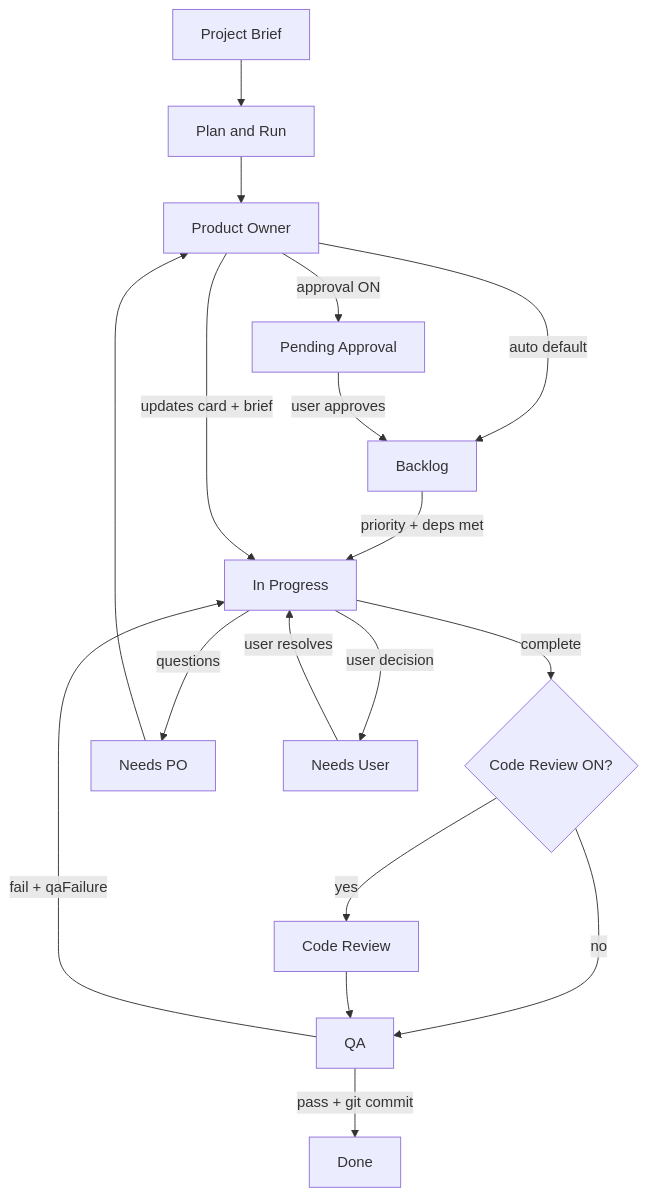
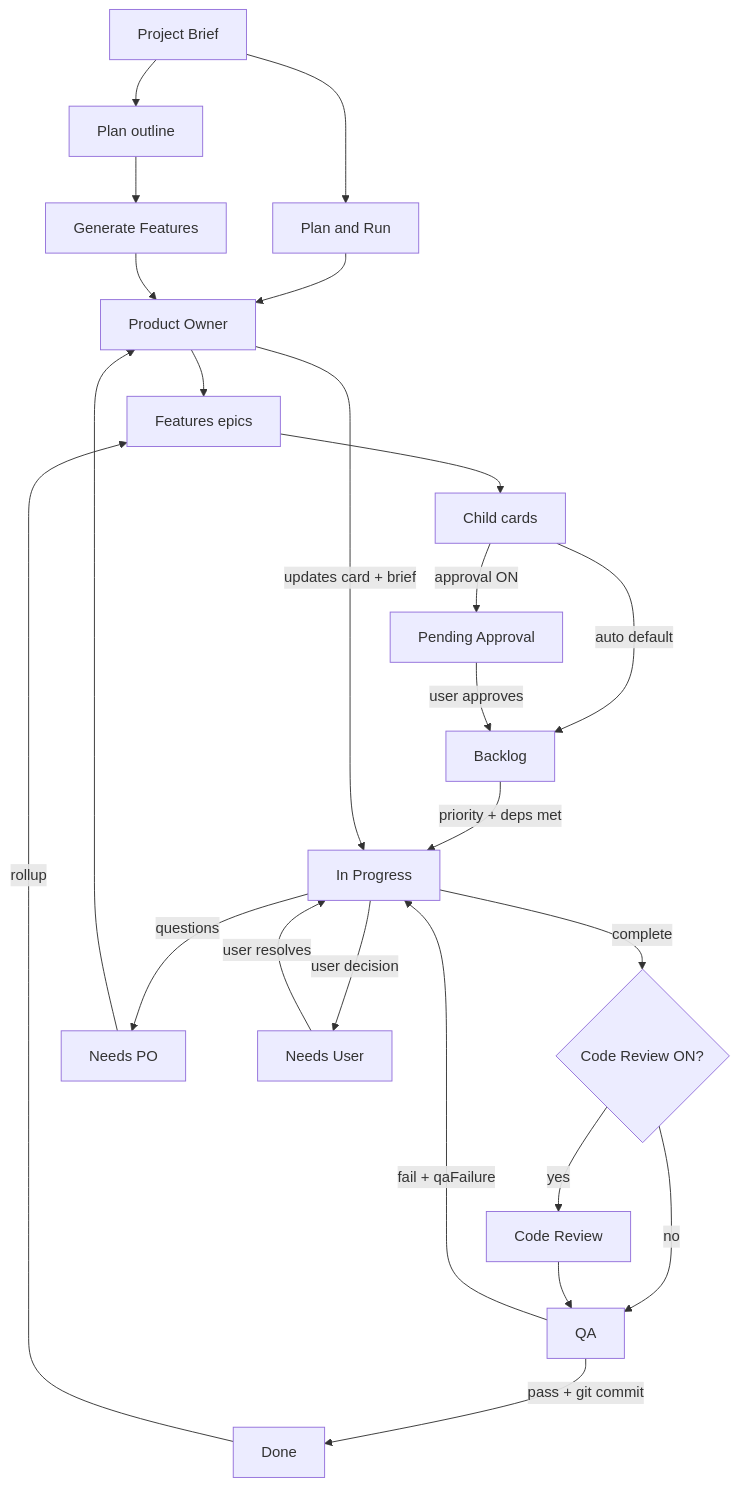
One commit to lukemcredmond/DevelopmentAgent changed the diagram in README.md. Above: the diagram before and after it, drawn with Mermaid. The commit also changed other lines of this file and 17 other files, not shown here.

````diff
--- a/README.md
+++ b/README.md
@@ -356,20 +414,26 @@
 ```mermaid
 flowchart TB
-    Brief[Project Brief] --> PlanRun[Plan and Run]
+    Brief[Project Brief] --> PlanOutline[Plan outline]
+    PlanOutline --> GenFeat[Generate Features]
+    Brief --> PlanRun[Plan and Run]
     PlanRun --> PO[Product Owner]
-    PO -->|auto default| Backlog[Backlog]
-    PO -->|approval ON| Pending[Pending Approval]
+    GenFeat --> PO
+    PO --> Features[Features epics]
+    Features --> Children[Child cards]
+    Children -->|auto default| Backlog[Backlog]
+    Children -->|approval ON| Pending[Pending Approval]
     Pending -->|user approves| Backlog
     Backlog -->|priority + deps met| Dev[In Progress]
     Dev -->|complete| CRgate{Code Review ON?}
     CRgate -->|yes| CR[Code Review]
     CRgate -->|no| QA[QA]
     CR --> QA
     Dev -->|questions| NeedsPO[Needs PO]
     Dev -->|user decision| NeedsUser[Needs User]
     NeedsPO --> PO
     PO -->|updates card + brief| Dev
     NeedsUser -->|user resolves| Dev
     QA -->|pass + git commit| Done[Done]
     QA -->|fail + qaFailure| Dev
+    Done -->|rollup| Features
 ```
````
